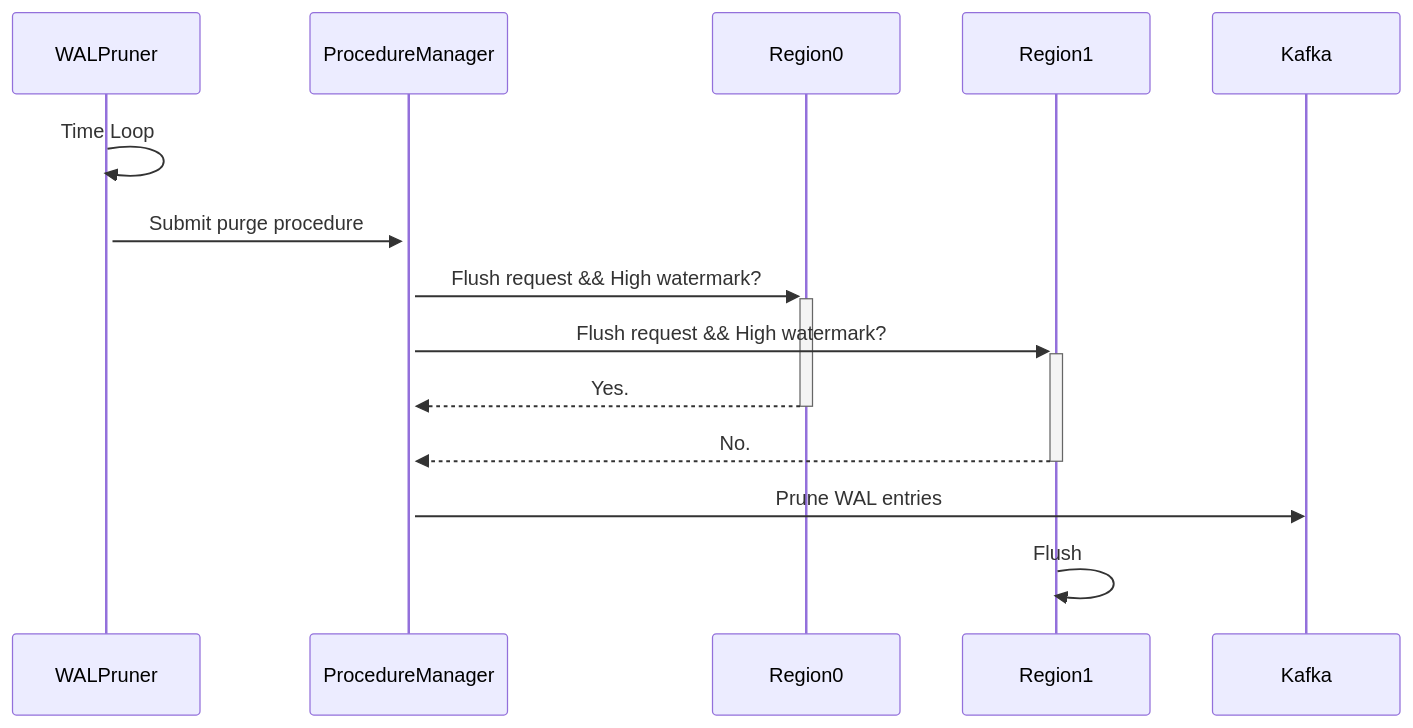
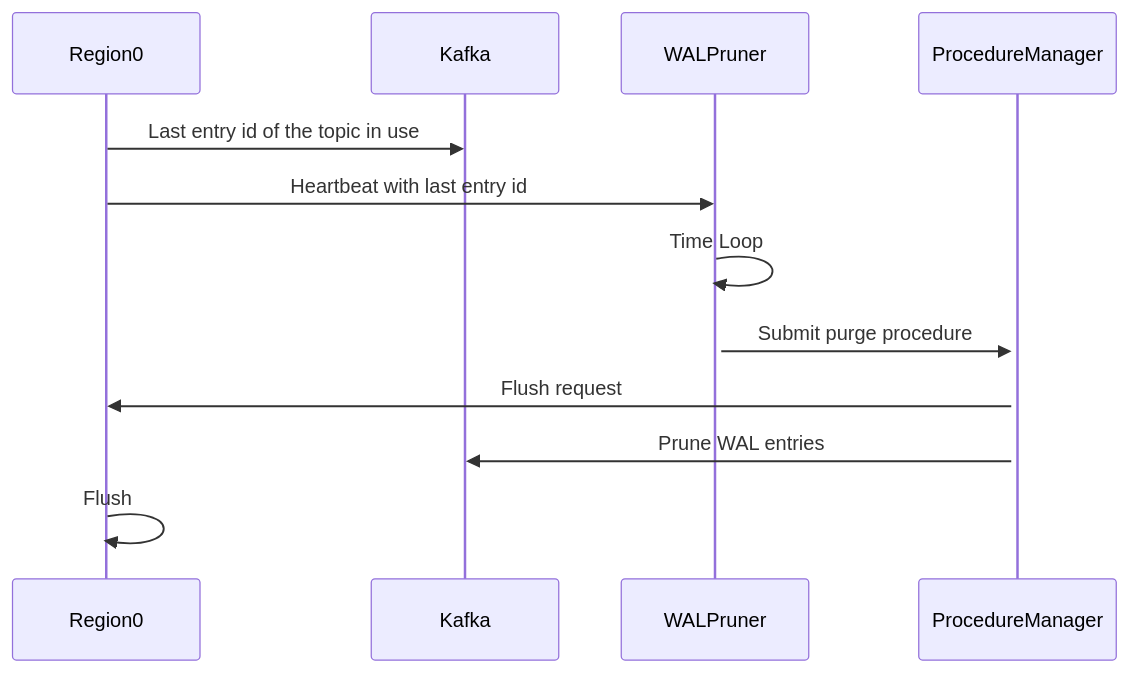
Before and after one commit to GreptimeTeam/greptimedb: the diagram in docs/rfcs/2025-02-06-remote-wal-purge.md, drawn with Mermaid. The commit also changed other lines of this file, not shown here.

Commit message:
chore: all in heartbeat

````diff
--- a/docs/rfcs/2025-02-06-remote-wal-purge.md
+++ b/docs/rfcs/2025-02-06-remote-wal-purge.md
@@ -18,11 +18,10 @@
 ```mermaid
 sequenceDiagram
+    Region0->>Kafka: Last entry id of the topic in use
+    Region0->>WALPruner: Heartbeat with last entry id
     WALPruner->>+WALPruner: Time Loop
     WALPruner->>+ProcedureManager: Submit purge procedure
-    ProcedureManager->>+Region0: Flush request && High watermark?
-    ProcedureManager->>+Region1: Flush request && High watermark?
-    Region0-->>-ProcedureManager: Yes.
-    Region1-->>-ProcedureManager: No.
+    ProcedureManager->>Region0: Flush request
     ProcedureManager->>Kafka: Prune WAL entries
-    Region1->>Region1: Flush
+    Region0->>Region0: Flush
 ```
````
